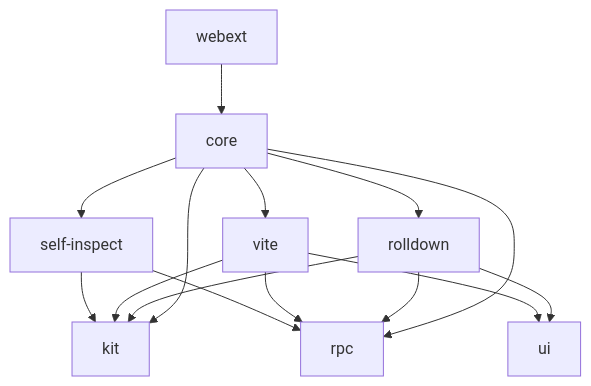
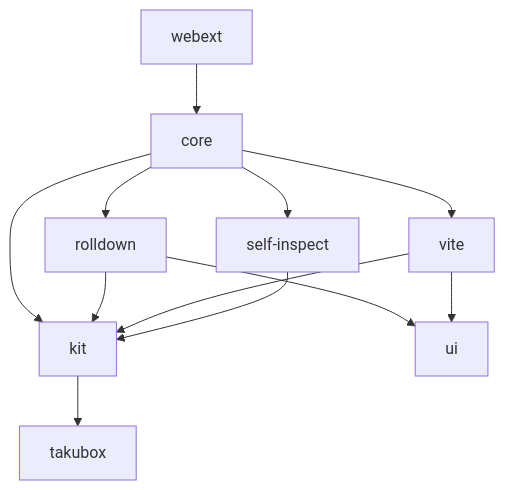
The diagram in AGENTS.md (vitejs/devtools), drawn with Mermaid before and after one commit. The commit also changed other lines of this file, not shown here.

First line of the commit message:
docs(takubox): update CLAUDE.md for the new package layering

````diff
--- a/AGENTS.md
+++ b/AGENTS.md
@@ -24,9 +24,10 @@
 ```mermaid
 flowchart TD
-  core["core"] --> kit & rpc
+  kit --> takubox
+  core --> kit
   core --> rolldown & vite & self-inspect
-  rolldown --> kit & rpc & ui
-  vite --> kit & rpc & ui
-  self-inspect --> kit & rpc
+  rolldown --> kit & ui
+  vite --> kit & ui
+  self-inspect --> kit
   webext --> core
 ```
````
